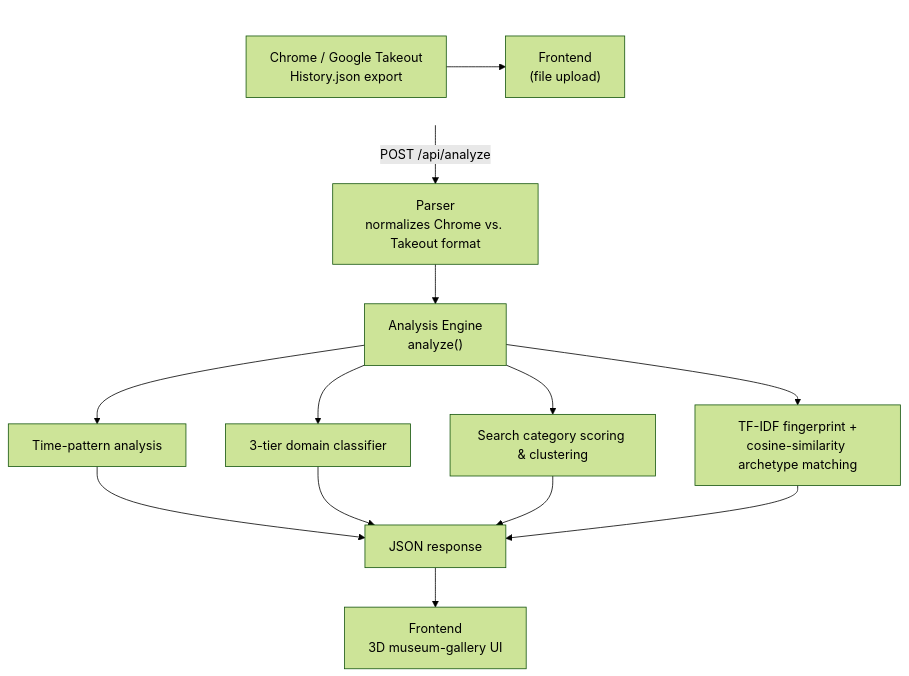
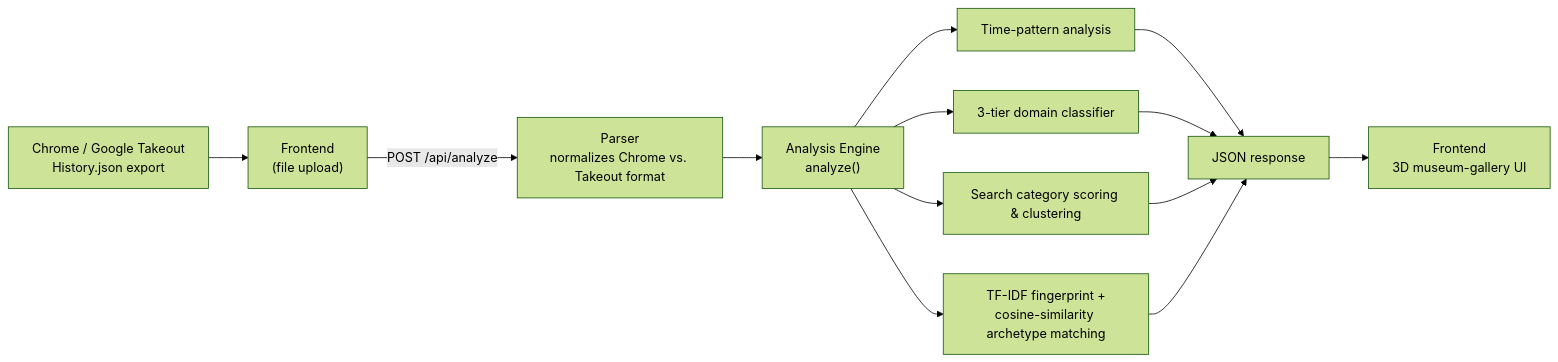
The diagram in README.md (Divya-K2517/SearchWrapped), drawn with Mermaid (forest theme) before and after one commit.

Commit message:
Change mermaid diagram format in README
Updated the diagram format in the README to improve clarity.

````diff
--- a/README.md
+++ b/README.md
@@ -34,25 +34,18 @@
 ```mermaid
-graph TD
-    subgraph Input[" "]
-        direction LR
-        A["Chrome / Google Takeout<br/>History.json export"] --> B["Frontend<br/>(file upload)"]
-    end
- 
+graph LR
+    A["Chrome / Google Takeout<br/>History.json export"] --> B["Frontend<br/>(file upload)"]
     B -->|"POST /api/analyze"| C["Parser<br/>normalizes Chrome vs. Takeout format"]
     C --> D["Analysis Engine<br/>analyze()"]
  
     D --> D1["Time-pattern analysis"]
     D --> D2["3-tier domain classifier"]
     D --> D3["Search category scoring & clustering"]
     D --> D4["TF-IDF fingerprint +<br/>cosine-similarity archetype matching"]
  
     D1 --> E["JSON response"]
     D2 --> E
     D3 --> E
     D4 --> E
  
     E --> F["Frontend<br/>3D museum-gallery UI"]
- 
-    classDef transparent fill:none,stroke:none;
-    class Input transparent
 ```
````
